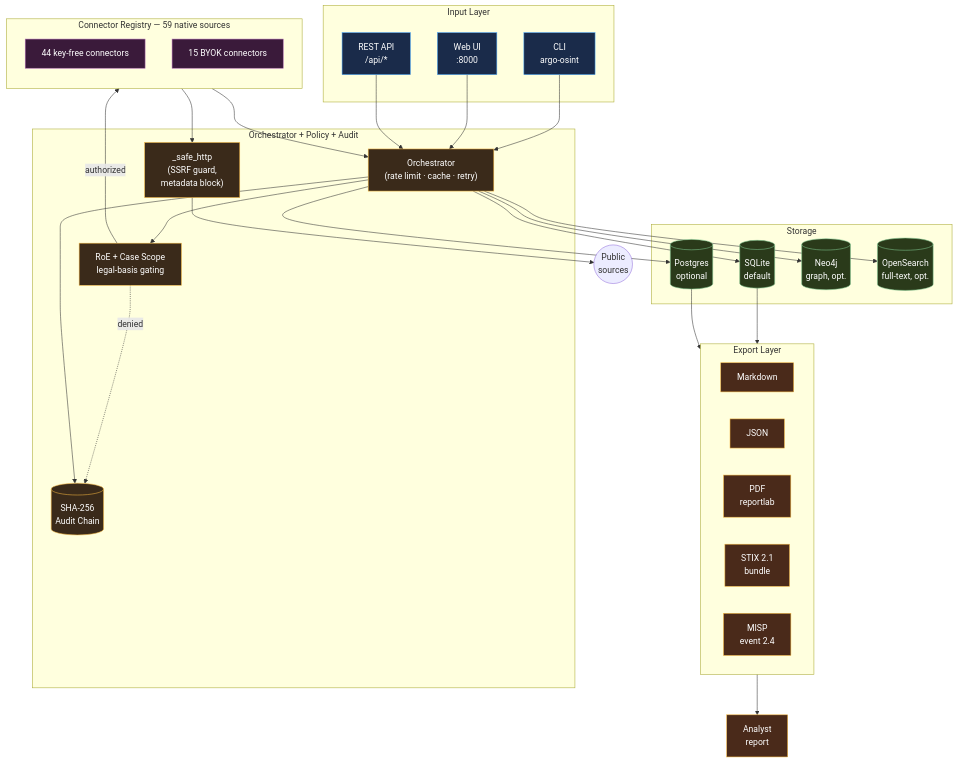
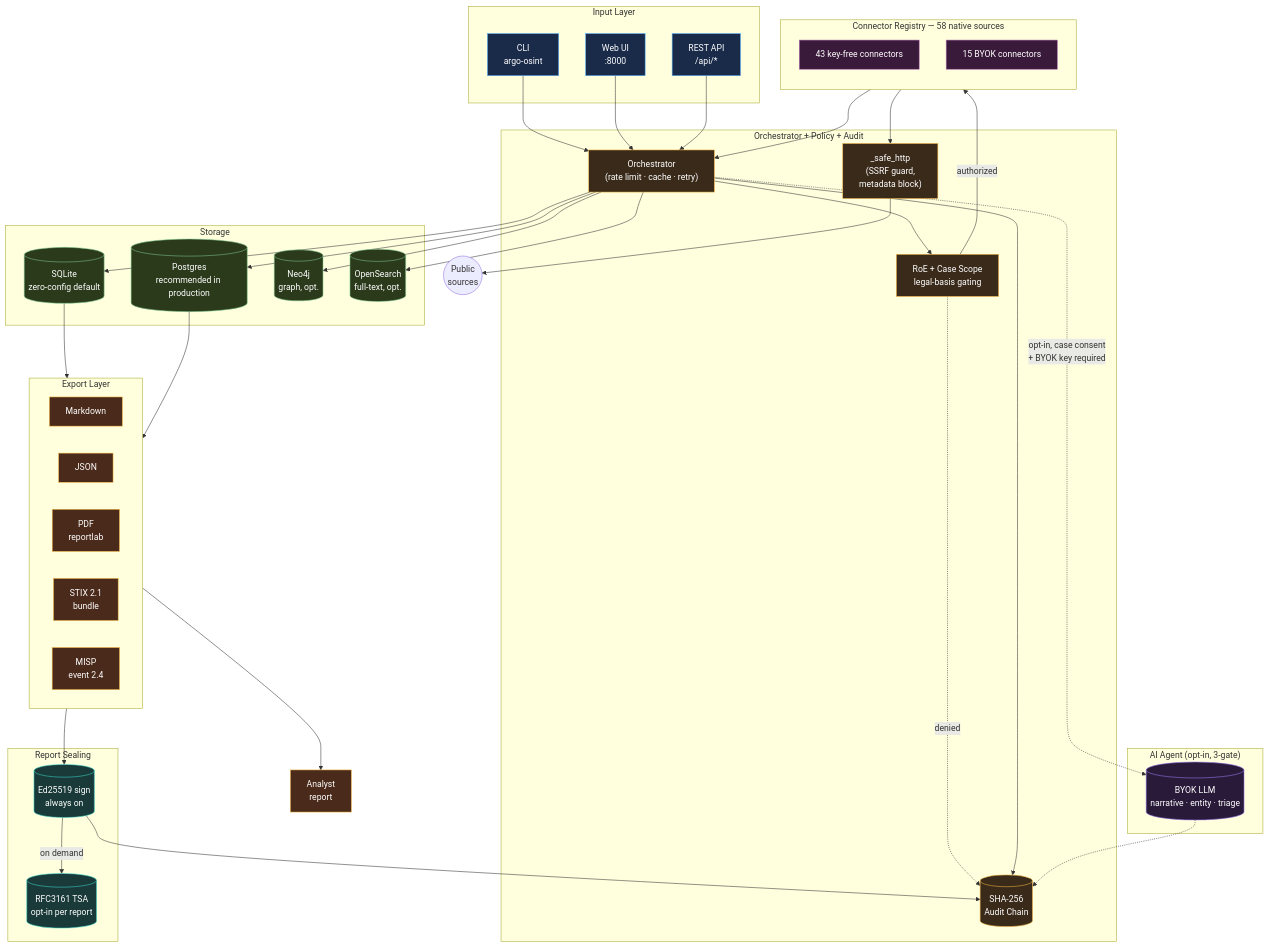
Before and after one commit to gnudrus-del/argo-cloud-osint-platform: the diagram in README.md, drawn with Mermaid. The commit also changed other lines of this file and 19 other files, not shown here.

````diff
--- a/README.md
+++ b/README.md
@@ -209,15 +210,24 @@
     end
 
     subgraph STORE["Storage"]
-        SQLITE[("SQLite<br/>default")]
-        PG[("Postgres<br/>optional")]
+        SQLITE[("SQLite<br/>zero-config default")]
+        PG[("Postgres<br/>recommended in production")]
         NEO[("Neo4j<br/>graph, opt.")]
         OS[("OpenSearch<br/>full-text, opt.")]
     end
 
-    subgraph REG["Connector Registry — 59 native sources"]
+    subgraph SEAL["Report Sealing"]
+        SIGN[("Ed25519 sign<br/>always on")]
+        TSA[("RFC3161 TSA<br/>opt-in per report")]
+    end
+
+    subgraph AI["AI Agent (opt-in, 3-gate)"]
+        LLM[("BYOK LLM<br/>narrative · entity · triage")]
+    end
+
+    subgraph REG["Connector Registry — 58 native sources"]
         direction TB
-        KFREE["44 key-free connectors"]
+        KFREE["43 key-free connectors"]
         BYOK["15 BYOK connectors"]
     end
 
@@ -243,19 +253,28 @@
     ORCH --> PG
     ORCH --> NEO
     ORCH --> OS
+    ORCH -.->|"opt-in, case consent<br/>+ BYOK key required"| LLM
+    LLM -.-> AUDIT
     SQLITE --> EXPORT
     PG --> EXPORT
     EXPORT --> REPORT["Analyst<br/>report"]
+    EXPORT --> SIGN
+    SIGN -->|"on demand"| TSA
+    SIGN --> AUDIT
 
     classDef inputStyle fill:#1a2b4a,stroke:#4facfe,color:#fff
     classDef coreStyle fill:#3a2a1a,stroke:#f5b740,color:#fff
     classDef storeStyle fill:#2a3a1a,stroke:#7fc78f,color:#fff
     classDef regStyle fill:#3a1a3a,stroke:#b06ab3,color:#fff
     classDef exportStyle fill:#4a2a1a,stroke:#f5b740,color:#fff
+    classDef sealStyle fill:#1a3a3a,stroke:#3ad6c7,color:#fff
+    classDef aiStyle fill:#2a1a3a,stroke:#9d7bf5,color:#fff
 
     class CLI,WEB,API inputStyle
     class ORCH,POLICY,AUDIT,SSRF coreStyle
     class SQLITE,PG,NEO,OS storeStyle
     class KFREE,BYOK regStyle
     class MD,JSON,PDF,STIX,MISPX,REPORT exportStyle
+    class SIGN,TSA sealStyle
+    class LLM aiStyle
 ```
````
